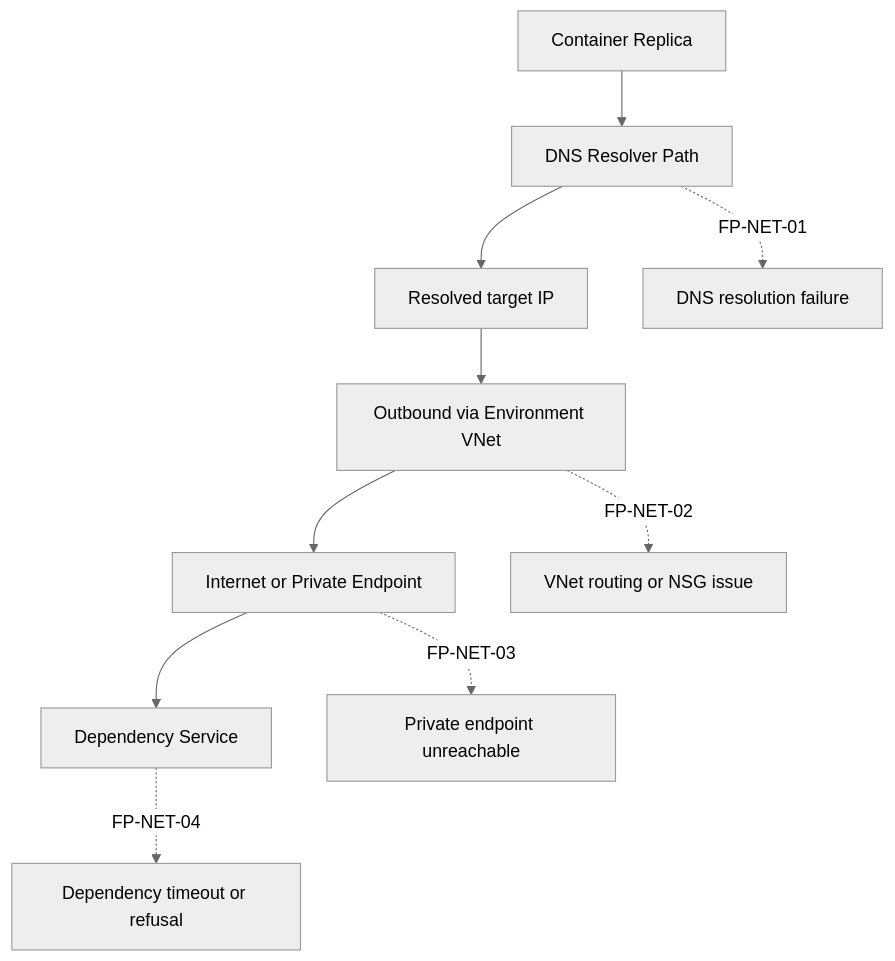
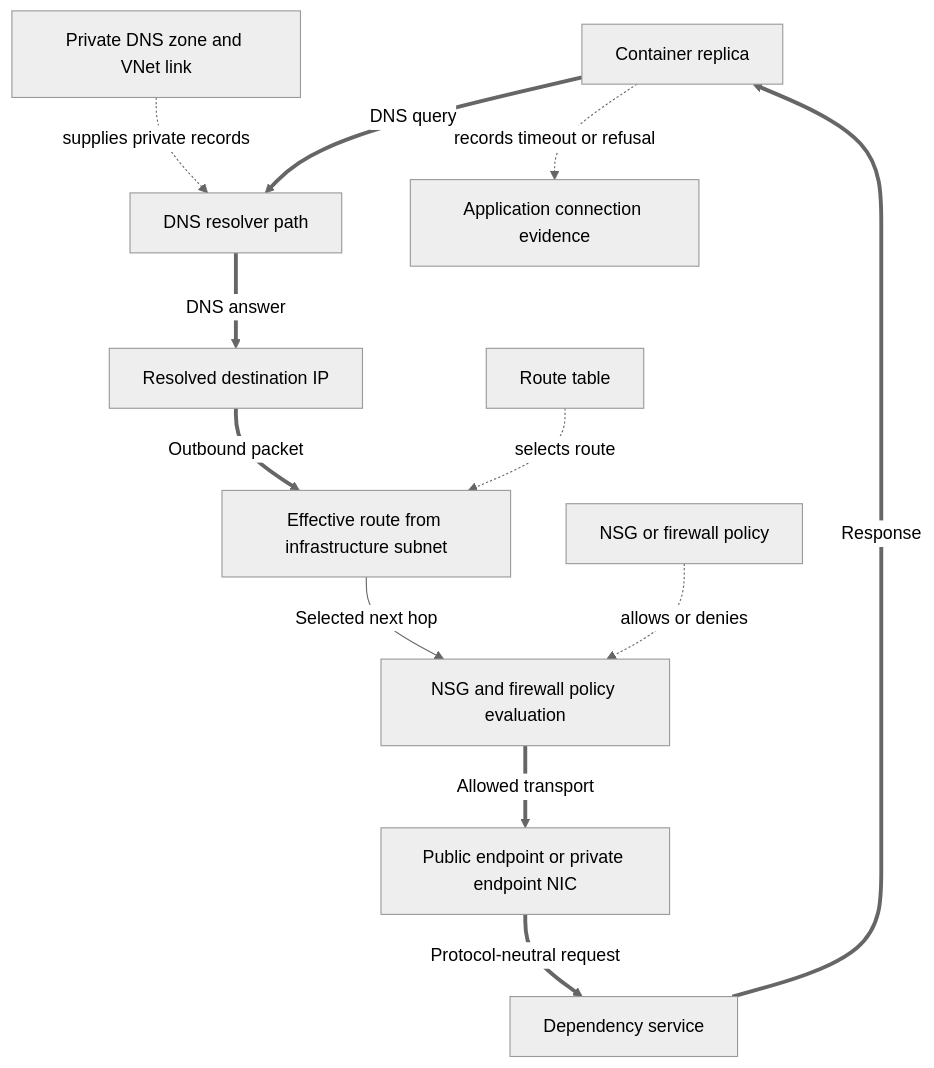
One commit to yeongseon/azure-container-apps-practical-guide changed the fourth of 5 diagrams in docs/troubleshooting/architecture-overview.md. Above: the diagram before and after it, drawn with Mermaid (neutral theme). The commit also changed other lines of this file and 13 other files, not shown here.

Commit message:
docs(diagrams): migrate the Container Apps troubleshooting overview diagrams (#616)

````diff
--- a/docs/troubleshooting/architecture-overview.md
+++ b/docs/troubleshooting/architecture-overview.md
@@ -173,13 +216,26 @@
 ```mermaid
 flowchart TD
-    A[Container Replica] --> B[DNS Resolver Path]
-    B --> C[Resolved target IP]
-    C --> D[Outbound via Environment VNet]
-    D --> E[Internet or Private Endpoint]
-    E --> F[Dependency Service]
+    REPLICA[Container replica]
+    DNS[DNS resolver path]
+    ANSWER[Resolved destination IP]
+    ROUTE[Effective route from infrastructure subnet]
+    CONTROL[NSG and firewall policy evaluation]
+    ENDPOINT[Public endpoint or private endpoint NIC]
+    SERVICE[Dependency service]
+    DNSZONE[Private DNS zone and VNet link]
+    UDR[Route table]
+    POLICY[NSG or firewall policy]
+    APPLOG[Application connection evidence]
 
-    B -. FP-NET-01 .-> B1[DNS resolution failure]
-    D -. FP-NET-02 .-> D1[VNet routing or NSG issue]
-    E -. FP-NET-03 .-> E1[Private endpoint unreachable]
-    F -. FP-NET-04 .-> F1[Dependency timeout or refusal]
+    REPLICA ==>|DNS query| DNS
+    DNS ==>|DNS answer| ANSWER
+    ANSWER ==>|Outbound packet| ROUTE
+    ROUTE -->|Selected next hop| CONTROL
+    CONTROL ==>|Allowed transport| ENDPOINT
+    ENDPOINT ==>|Protocol-neutral request| SERVICE
+    SERVICE ==>|Response| REPLICA
+    DNSZONE -. supplies private records .-> DNS
+    UDR -. selects route .-> ROUTE
+    POLICY -. allows or denies .-> CONTROL
+    REPLICA -. records timeout or refusal .-> APPLOG
 ```
````
